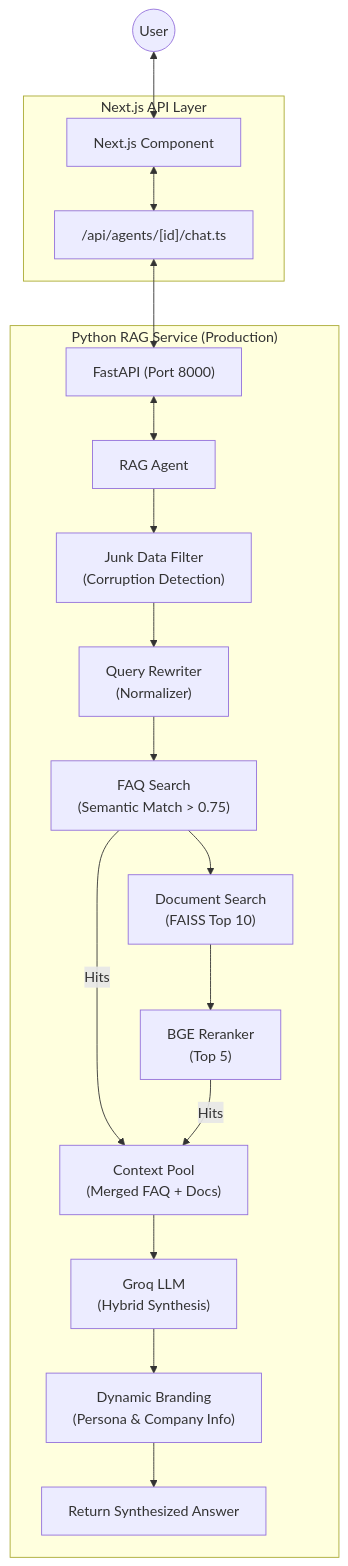
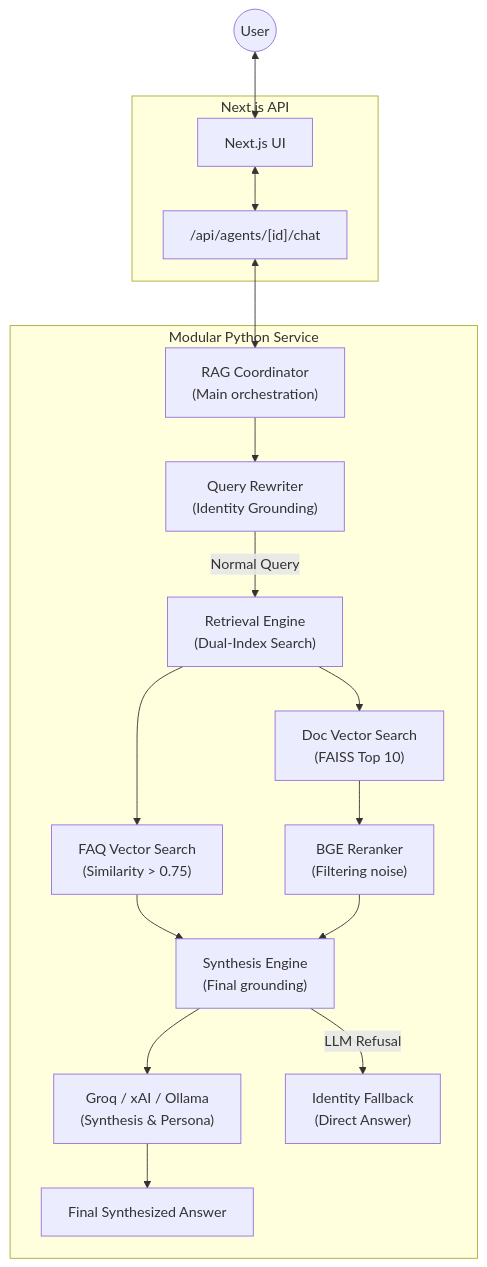
One commit to aryan-aryamind/ChatAgent changed the diagram in AGENT_ARCHITECTURE.md. Above: the diagram before and after it, drawn with Mermaid. The commit also changed other lines of this file and 15 other files, not shown here.

Commit message:
feat: Introduce new crewai-service with async web scraping, intent classification, RAG, and agent management UI.

````diff
--- a/AGENT_ARCHITECTURE.md
+++ b/AGENT_ARCHITECTURE.md
@@ -9,27 +9,28 @@
 ```mermaid
 graph TD
-    User((User)) <--> NextJS["Next.js Component"]
+    User((User)) <--> NextJS["Next.js UI"]
     
-    subgraph "Next.js API Layer"
-        NextJS <--> ChatAPI["/api/agents/[id]/chat.ts"]
+    subgraph "Next.js API"
+        NextJS <--> ChatAPI["/api/agents/[id]/chat"]
     end
     
-    subgraph "Python RAG Service (Production)"
-        ChatAPI <--> CrewService["FastAPI (Port 8000)"]
-        CrewService <--> RAGAgent["RAG Agent"]
+    subgraph "Modular Python Service"
+        ChatAPI <--> RAGCoordinator["RAG Coordinator<br/>(Main orchestration)"]
         
-        RAGAgent --> JunkFilter["Junk Data Filter<br/>(Corruption Detection)"]
-        JunkFilter --> QueryRewrite["Query Rewriter<br/>(Normalizer)"]
-        QueryRewrite --> FAQSearch["FAQ Search<br/>(Semantic Match > 0.75)"]
+        RAGCoordinator --> Rewriter["Query Rewriter<br/>(Identity Grounding)"]
         
-        FAQSearch --> DocSearch["Document Search<br/>(FAISS Top 10)"]
-        DocSearch --> Rerank["BGE Reranker<br/>(Top 5)"]
+        Rewriter -- "Normal Query" --> Retrieval["Retrieval Engine<br/>(Dual-Index Search)"]
         
-        FAQSearch -- "Hits" --> Merge["Context Pool<br/>(Merged FAQ + Docs)"]
-        Rerank -- "Hits" --> Merge
+        Retrieval --> FAQSearch["FAQ Vector Search<br/>(Similarity > 0.75)"]
+        Retrieval --> DocSearch["Doc Vector Search<br/>(FAISS Top 10)"]
         
-        Merge --> LLM["Groq LLM<br/>(Hybrid Synthesis)"]
-        LLM --> Grounding["Dynamic Branding<br/>(Persona & Company Info)"]
-        Grounding --> ReturnSynth[Return Synthesized Answer]
+        DocSearch --> Rerank["BGE Reranker<br/>(Filtering noise)"]
+        
+        FAQSearch --> Synthesis["Synthesis Engine<br/>(Final grounding)"]
+        Rerank --> Synthesis
+        
+        Synthesis --> LLM["Groq / xAI / Ollama<br/>(Synthesis & Persona)"]
+        LLM --> FinalAnswer["Final Synthesized Answer"]
+        Synthesis -- "LLM Refusal" --> Fallback["Identity Fallback<br/>(Direct Answer)"]
     end
 ```
````
